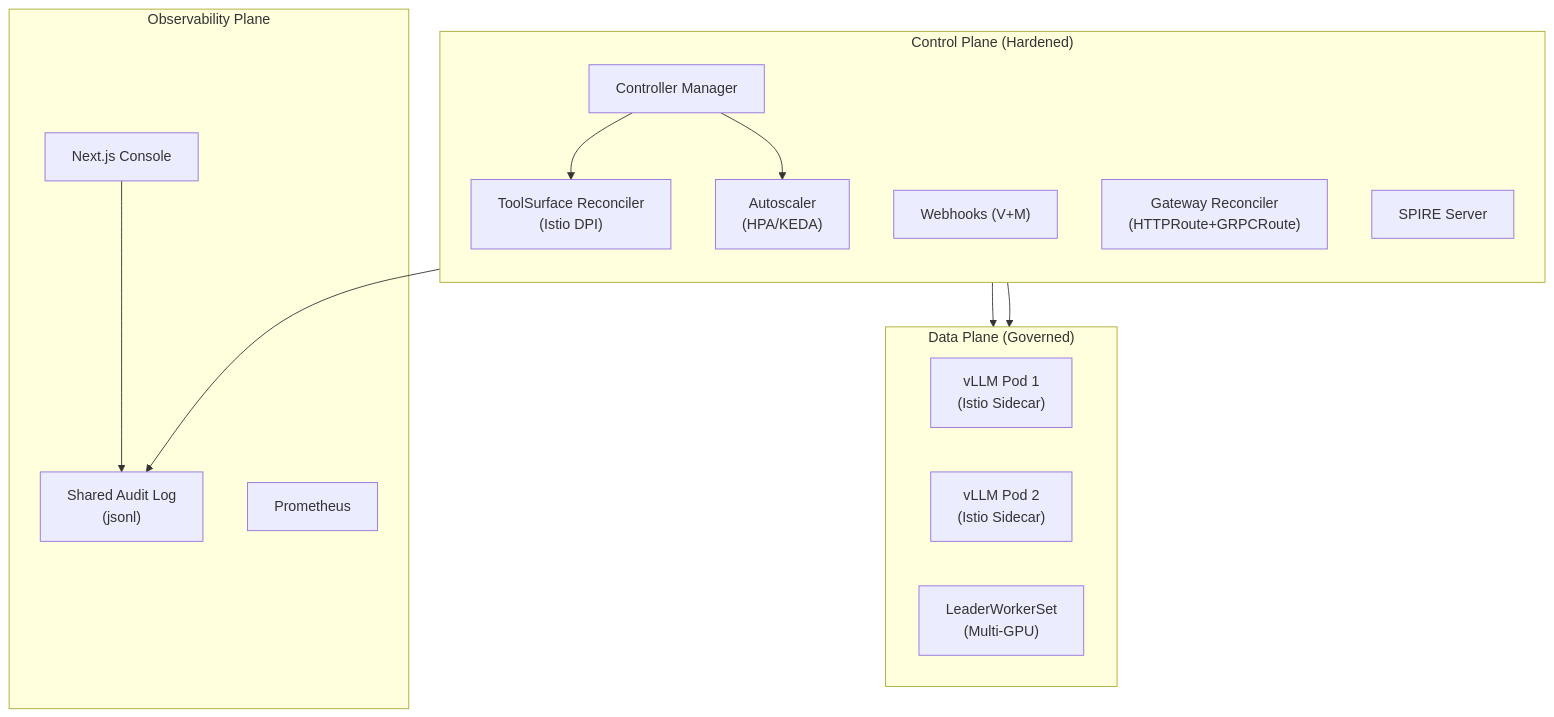
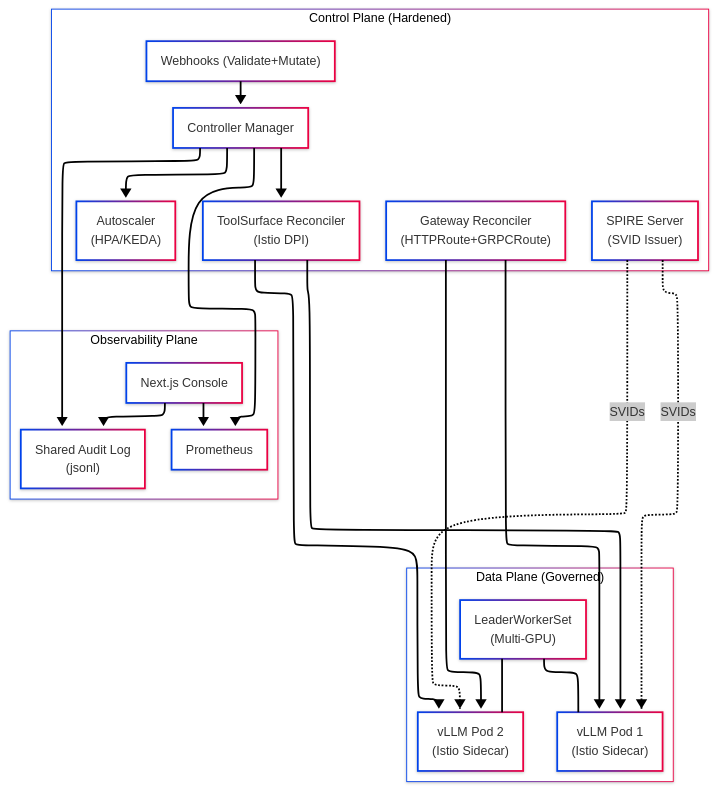
One commit to ckodex-labs/ckodex-kserve-llm changed the diagram in README.md. Above: the diagram before and after it, drawn with Mermaid.

Commit message:
docs(readme): rewire Mermaid diagram — connect WH, SS, PROM, LWS; add neo/elk theme

````diff
--- a/README.md
+++ b/README.md
@@ -14,33 +14,42 @@
 ```mermaid
+%%{init: {'theme': 'neo', 'layout': 'elk', 'look': 'neo'}}%%
 graph TD
     subgraph CP["Control Plane (Hardened)"]
         direction TB
         CM["Controller Manager"]
-        WH["Webhooks (V+M)"]
+        WH["Webhooks (Validate+Mutate)"]
         RT["ToolSurface Reconciler<br/>(Istio DPI)"]
         GR["Gateway Reconciler<br/>(HTTPRoute+GRPCRoute)"]
-        
         AS["Autoscaler<br/>(HPA/KEDA)"]
-        SS["SPIRE Server"]
+        SS["SPIRE Server<br/>(SVID Issuer)"]
     end
 
     subgraph OP["Observability Plane"]
         CON["Next.js Console"]
         AUD["Shared Audit Log<br/>(jsonl)"]
         PROM["Prometheus"]
     end
 
     subgraph DP["Data Plane (Governed)"]
         direction LR
         V1["vLLM Pod 1<br/>(Istio Sidecar)"]
         V2["vLLM Pod 2<br/>(Istio Sidecar)"]
         LWS["LeaderWorkerSet<br/>(Multi-GPU)"]
     end
 
+    WH --> CM
     CM --> RT
-    RT --> DP
     CM --> AS
     CM --> AUD
+    CM --> PROM
+    RT --> V1
+    RT --> V2
+    GR --> V1
+    GR --> V2
+    SS -.->|SVIDs| V1
+    SS -.->|SVIDs| V2
+    LWS --- V1
+    LWS --- V2
     CON --> AUD
-    GR --> DP
+    CON --> PROM
 ```
````
